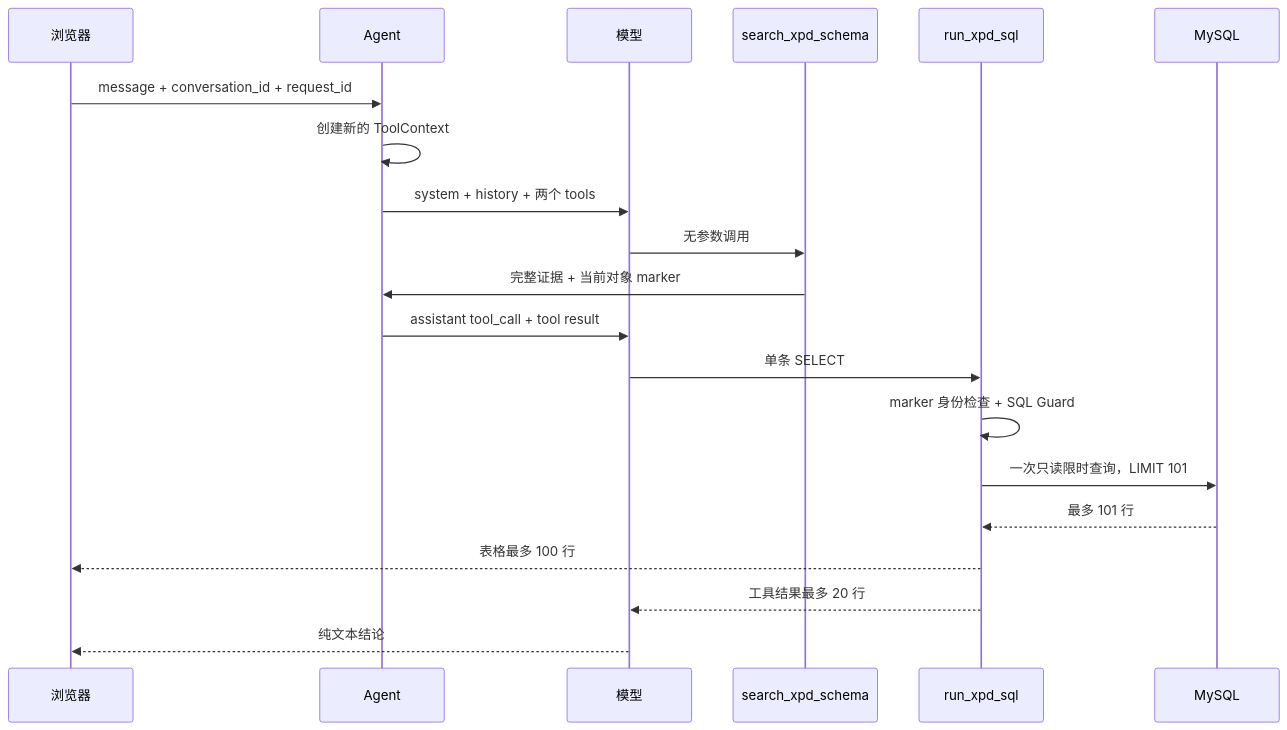
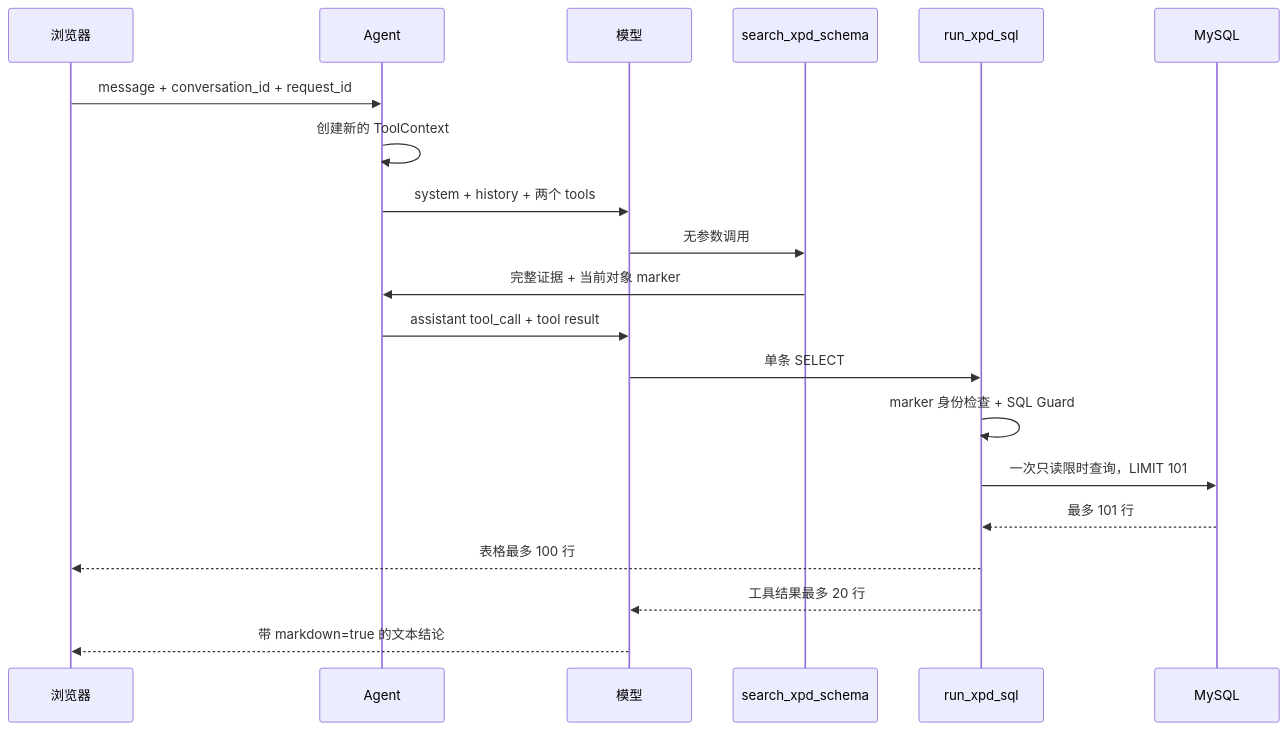
The third of 3 diagrams in docs-dev/archs/support-xpd-tables-002.md (gjh-ustc0311/vanna), drawn with Mermaid before and after one commit. The commit also changed other lines of this file and 15 other files, not shown here.

````diff
--- a/docs-dev/archs/support-xpd-tables-002.md
+++ b/docs-dev/archs/support-xpd-tables-002.md
@@ -75,22 +75,22 @@
 ```mermaid
 sequenceDiagram
     participant U as 浏览器
     participant A as Agent
     participant M as 模型
     participant S as search_xpd_schema
     participant R as run_xpd_sql
     participant DB as MySQL
     U->>A: message + conversation_id + request_id
     A->>A: 创建新的 ToolContext
     A->>M: system + history + 两个 tools
     M->>S: 无参数调用
     S->>A: 完整证据 + 当前对象 marker
     A->>M: assistant tool_call + tool result
     M->>R: 单条 SELECT
     R->>R: marker 身份检查 + SQL Guard
     R->>DB: 一次只读限时查询，LIMIT 101
     DB-->>R: 最多 101 行
     R-->>U: 表格最多 100 行
     R-->>M: 工具结果最多 20 行
-    M-->>U: 纯文本结论
+    M-->>U: 带 markdown=true 的文本结论
 ```
````
